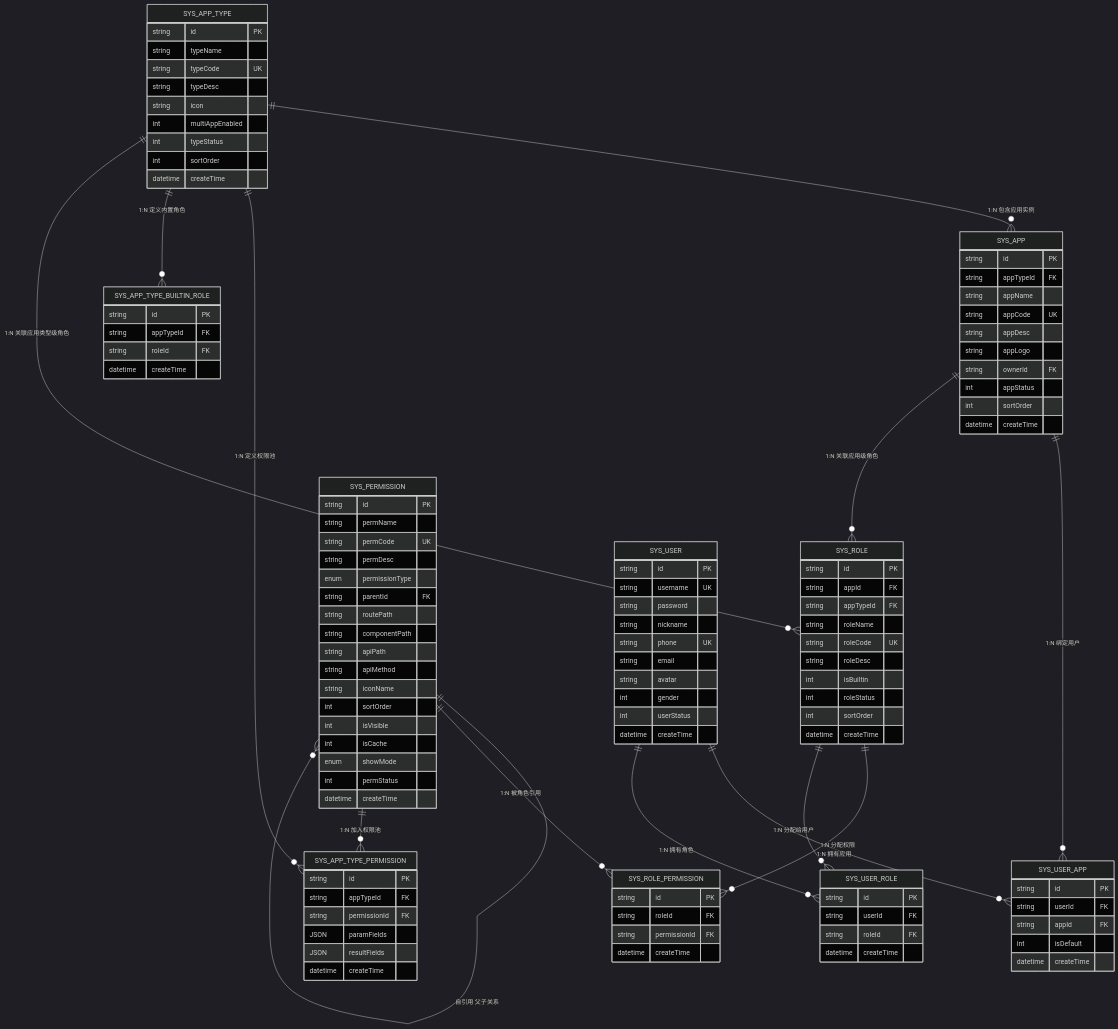
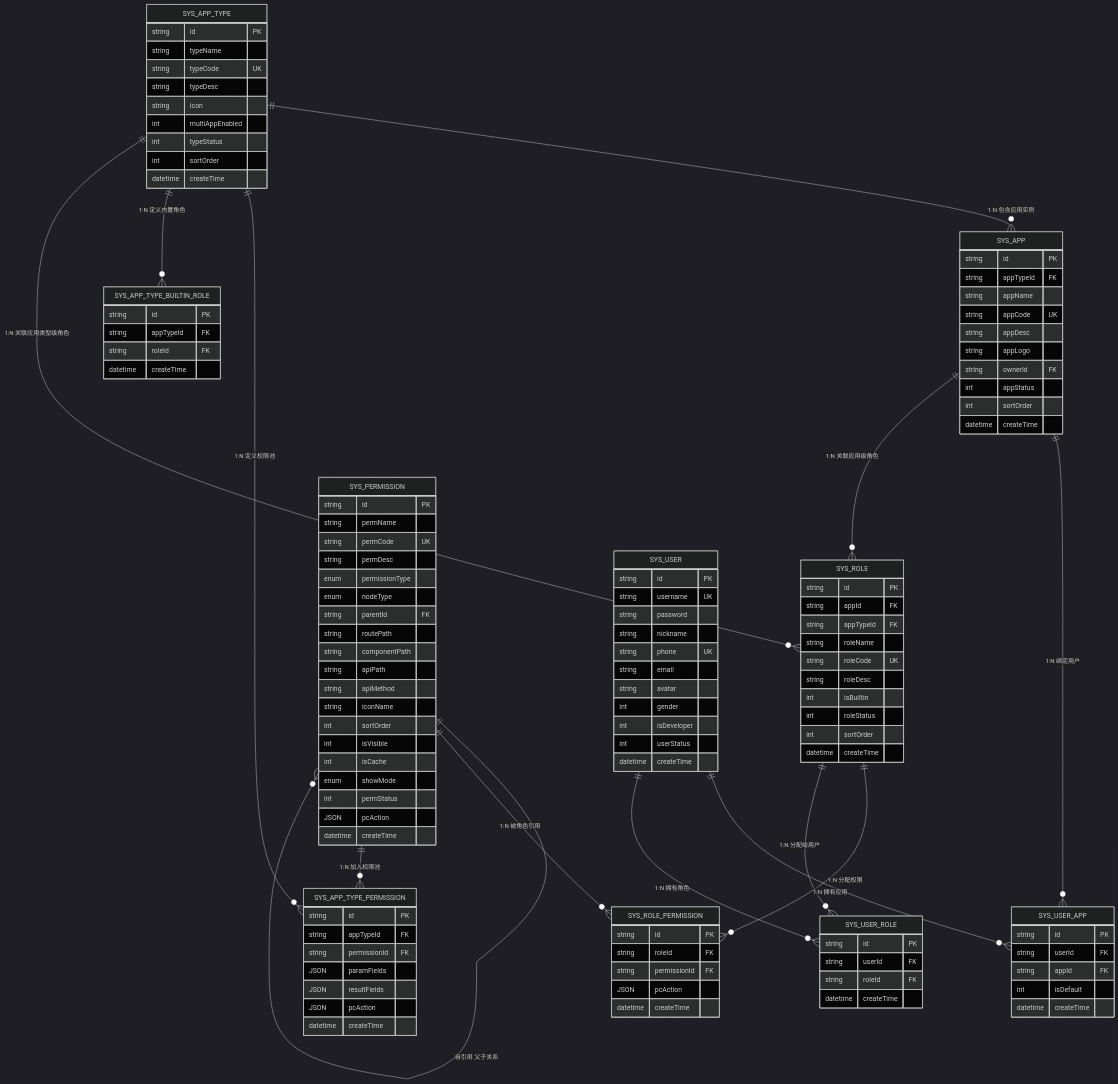
Before and after one commit to huyumo/moyan-mfw: the diagram in docs/database-er-diagram.md, drawn with Mermaid (dark theme). The commit also changed other lines of this file and 8 other files, not shown here.

```diff
--- a/docs/database-er-diagram.md
+++ b/docs/database-er-diagram.md
@@ -85,6 +85,7 @@
         string permCode UK
         string permDesc
         enum permissionType
+        enum nodeType
         string parentId FK
         string routePath
         string componentPath
@@ -96,6 +97,7 @@
         int isCache
         enum showMode
         int permStatus
+        JSON pcAction
         datetime createTime
     }
 
@@ -108,6 +110,7 @@
         string email
         string avatar
         int gender
+        int isDeveloper
         int userStatus
         datetime createTime
     }
@@ -116,6 +119,7 @@
         string id PK
         string roleId FK
         string permissionId FK
+        JSON pcAction
         datetime createTime
     }
 
@@ -125,6 +129,7 @@
         string permissionId FK
         JSON paramFields
         JSON resultFields
+        JSON pcAction
         datetime createTime
     }
 
```
